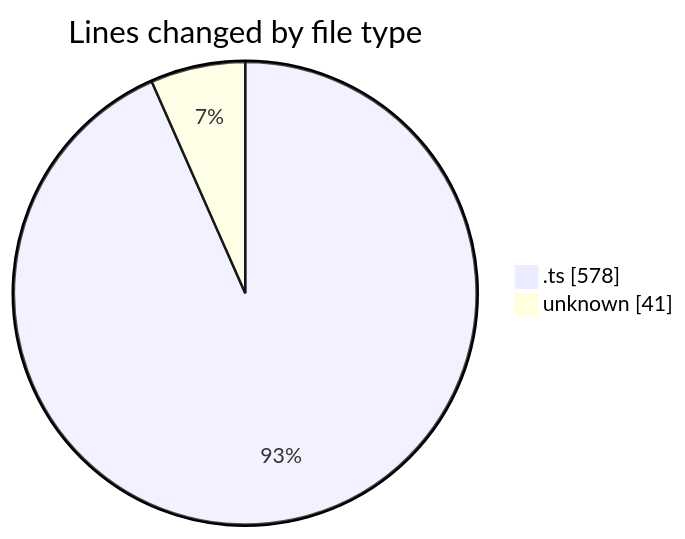
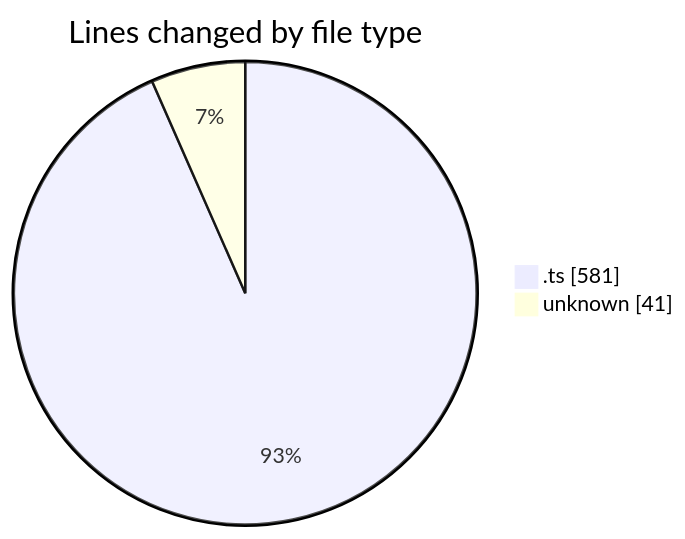
One commit to momahboobian/code-tracking changed the first of 2 diagrams in 2025-08-18/cda/README.md. Above: the diagram before and after it, drawn with Mermaid. The commit also changed other lines of this file and 1 other file, not shown here.

````diff
--- a/2025-08-18/cda/README.md
+++ b/2025-08-18/cda/README.md
@@ -22,6 +22,6 @@
 ```mermaid
 pie showData
 title Lines changed by file type
-".ts" : 578
+".ts" : 581
 "unknown" : 41
 ```
````
